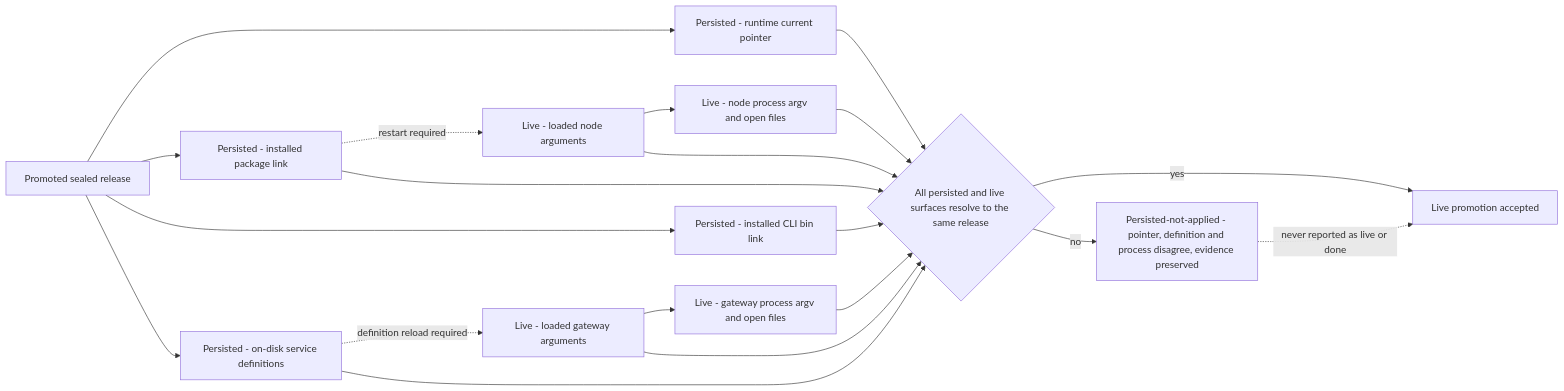
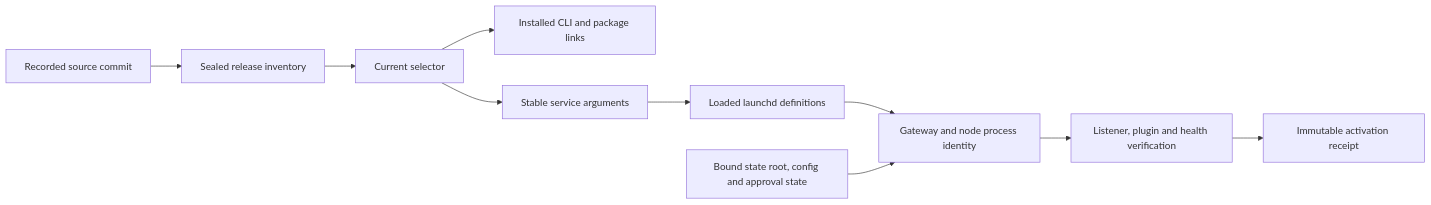
One commit to josephbergvinson/openclaw-control-plane changed the diagram in diagrams/identity-convergence.mmd. Above: the diagram before and after it, drawn with Mermaid. The commit also changed 239 other files, not shown here.

```diff
--- a/diagrams/identity-convergence.mmd
+++ b/diagrams/identity-convergence.mmd
@@ -1,32 +1,10 @@
 flowchart LR
-  R[Promoted sealed release]
-  P1[Persisted - runtime current pointer]
-  P2[Persisted - installed package link]
-  P3[Persisted - installed CLI bin link]
-  P4[Persisted - on-disk service definitions]
-  L1[Live - loaded gateway arguments]
-  L2[Live - gateway process argv and open files]
-  L3[Live - loaded node arguments]
-  L4[Live - node process argv and open files]
-  V{All persisted and live surfaces resolve to the same release}
-  OK[Live promotion accepted]
-  SB[Persisted-not-applied - pointer, definition and process disagree, evidence preserved]
-  R --> P1
-  R --> P2
-  R --> P3
-  R --> P4
-  P4 -. definition reload required .-> L1
-  L1 --> L2
-  P2 -. restart required .-> L3
-  L3 --> L4
-  P1 --> V
-  P2 --> V
-  P3 --> V
-  P4 --> V
-  L1 --> V
-  L2 --> V
-  L3 --> V
-  L4 --> V
-  V -- yes --> OK
-  V -- no --> SB
-  SB -. never reported as live or done .-> OK
+    Source[Recorded source commit] --> Release[Sealed release inventory]
+    Release --> Selector[Current selector]
+    Selector --> CLI[Installed CLI and package links]
+    Selector --> Definitions[Stable service arguments]
+    Definitions --> Loaded[Loaded launchd definitions]
+    Loaded --> Processes[Gateway and node process identity]
+    Processes --> Ready[Listener, plugin and health verification]
+    State[Bound state root, config and approval state] --> Processes
+    Ready --> Receipt[Immutable activation receipt]
```
